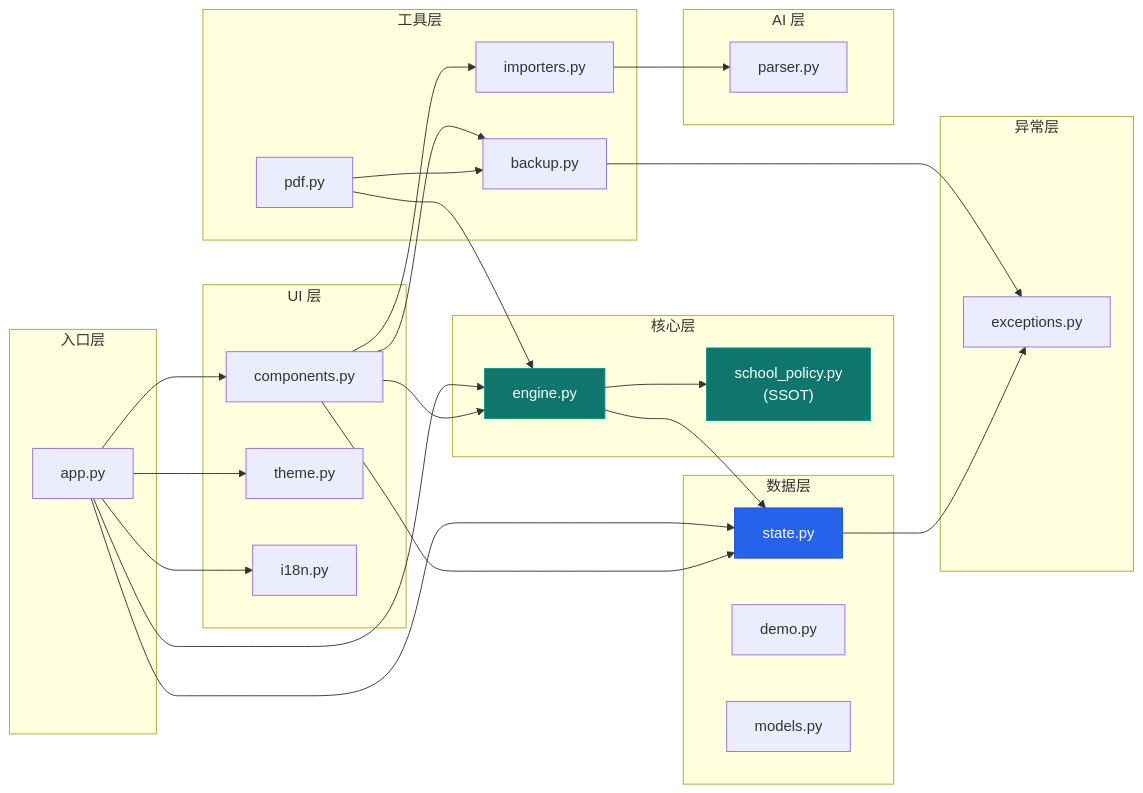
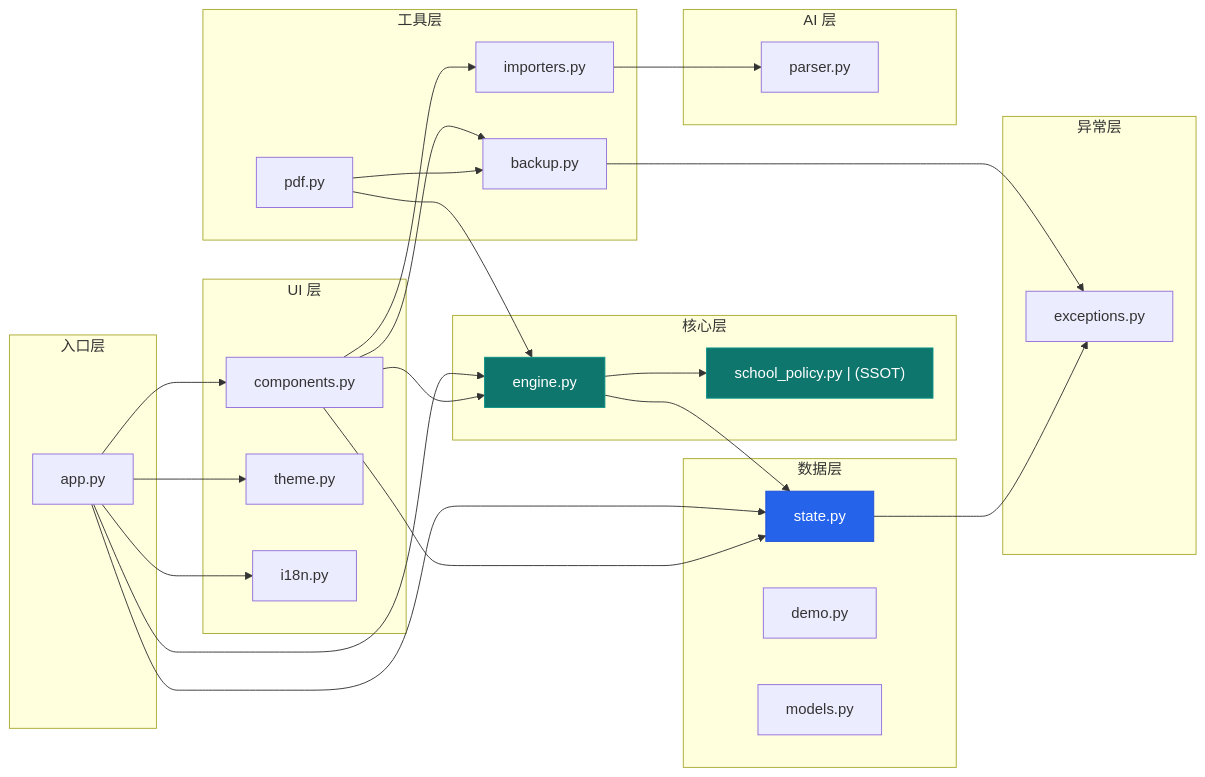
Before and after one commit to JackyLi10777/Study-Prefect-Duty-Roster-System: the third of 4 diagrams in README.md, drawn with Mermaid. The commit also changed other lines of this file, not shown here.

Commit message:
fix: replace <br/> with | in Mermaid diagrams for GitHub rendering compatibility

````diff
--- a/README.md
+++ b/README.md
@@ -245,58 +245,58 @@
 ```mermaid
 graph LR
     subgraph "入口层"
         APP["app.py"]
     end
 
     subgraph "UI 层"
         UI["components.py"]
         THEME["theme.py"]
         I18N["i18n.py"]
     end
 
     subgraph "核心层"
         ENGINE["engine.py"]
-        POLICY["school_policy.py<br/>(SSOT)"]
+        POLICY["school_policy.py | (SSOT)"]
     end
 
     subgraph "数据层"
         STATE["state.py"]
         DEMO["demo.py"]
         MODELS["models.py"]
     end
 
     subgraph "工具层"
         PDF["pdf.py"]
         BACKUP["backup.py"]
         IMPORTERS["importers.py"]
     end
 
     subgraph "AI 层"
         AI["parser.py"]
     end
 
     subgraph "异常层"
         EXC["exceptions.py"]
     end
 
     APP --> UI
     APP --> ENGINE
     APP --> STATE
     APP --> THEME
     APP --> I18N
     UI --> ENGINE
     UI --> STATE
     UI --> BACKUP
     UI --> IMPORTERS
     IMPORTERS --> AI
     ENGINE --> POLICY
     ENGINE --> STATE
     PDF --> BACKUP
     PDF --> ENGINE
     BACKUP --> EXC
     STATE --> EXC
 
     style POLICY fill:#0F766E,stroke:#0D9488,color:#fff
     style ENGINE fill:#0F766E,stroke:#0D9488,color:#fff
     style STATE fill:#2563EB,stroke:#1D4ED8,color:#fff
 ```
````
